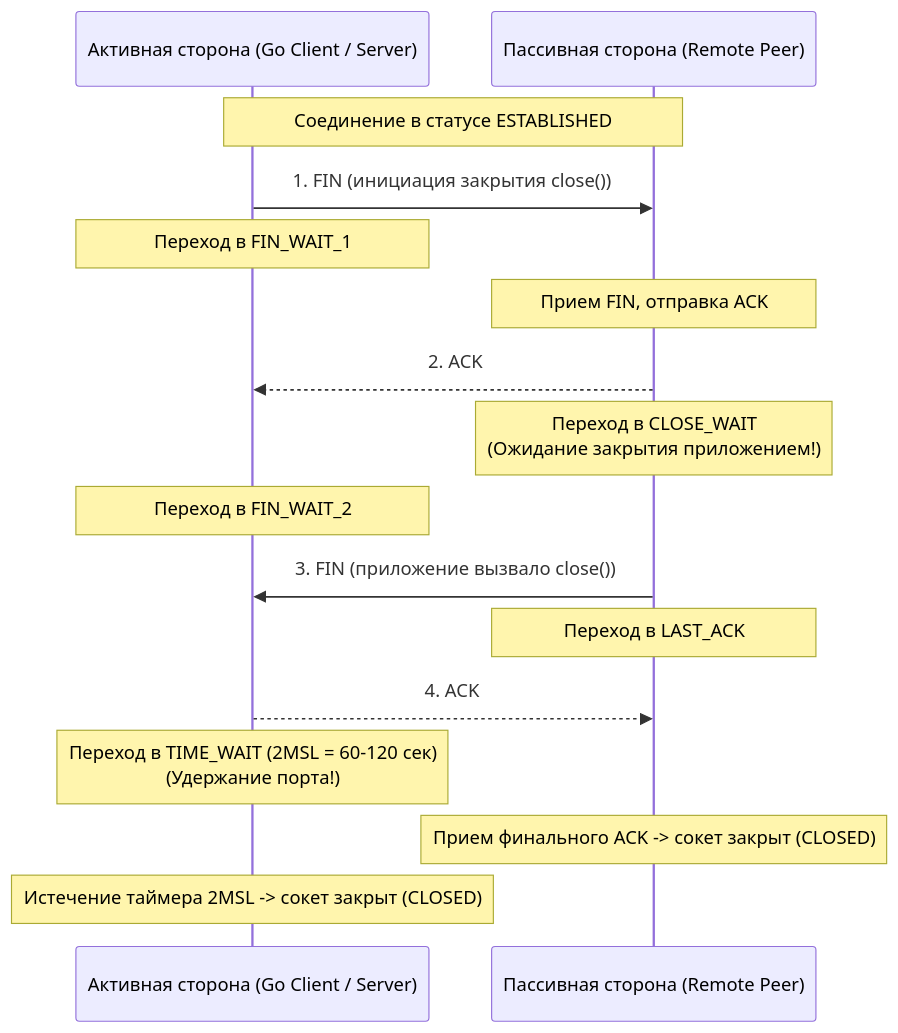
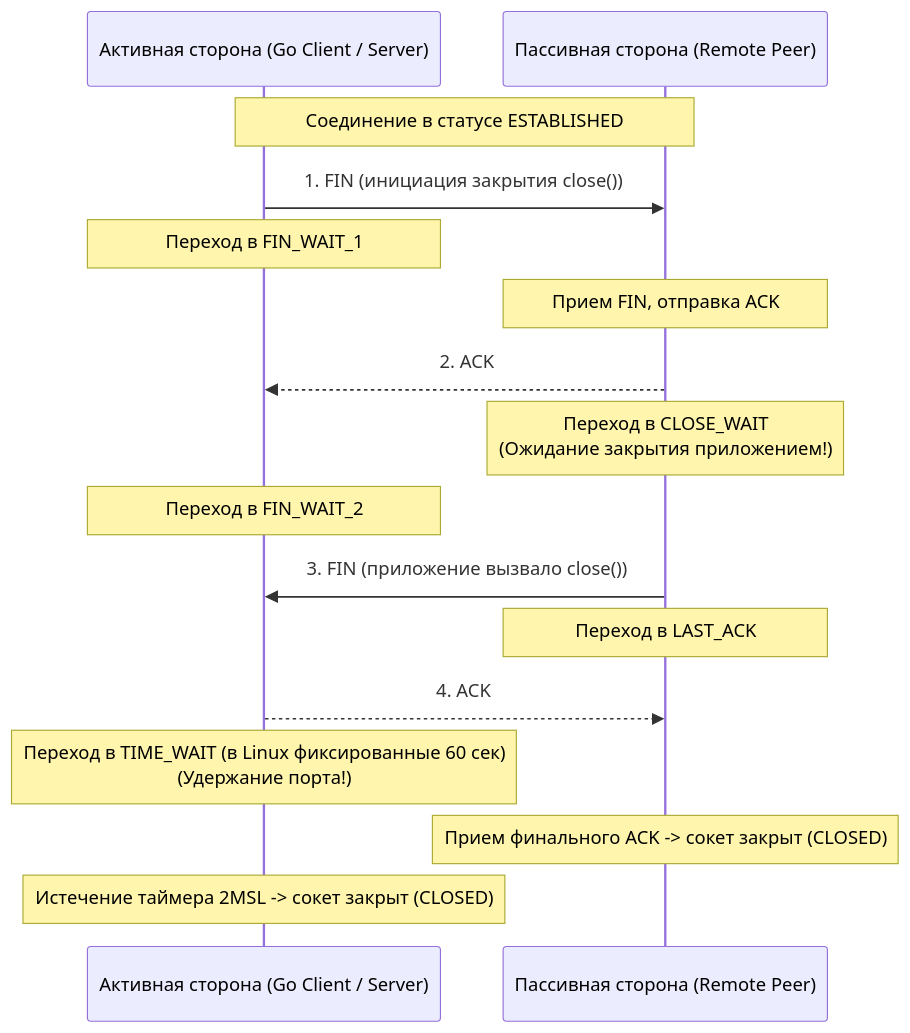
Before and after one commit to UnrealTemplier/go-textbook-ru: the first of 3 diagrams in sources/2. Устройство и работа ОС/50. TIME_WAIT, CLOSE_WAIT и проблемы сокетов.md, drawn with Mermaid. The commit also changed other lines of this file and 59 other files, not shown here.

````diff
--- a/sources/2. Устройство и работа ОС/50. TIME_WAIT, CLOSE_WAIT и проблемы сокетов.md
+++ b/sources/2. Устройство и работа ОС/50. TIME_WAIT, CLOSE_WAIT и проблемы сокетов.md
@@ -16,20 +16,20 @@
 ```mermaid
 sequenceDiagram
     participant Active as Активная сторона (Go Client / Server)
     participant Passive as Пассивная сторона (Remote Peer)
 
     Note over Active,Passive: Соединение в статусе ESTABLISHED
     Active->>Passive: 1. FIN (инициация закрытия close())
     Note over Active: Переход в FIN_WAIT_1
     Note over Passive: Прием FIN, отправка ACK
     Passive-->>Active: 2. ACK
     Note over Passive: Переход в CLOSE_WAIT<br/>(Ожидание закрытия приложением!)
     Note over Active: Переход в FIN_WAIT_2
     
     Passive->>Active: 3. FIN (приложение вызвало close())
     Note over Passive: Переход в LAST_ACK
     Active-->>Passive: 4. ACK
-    Note over Active: Переход в TIME_WAIT (2MSL = 60-120 сек)<br/>(Удержание порта!)
+    Note over Active: Переход в TIME_WAIT (в Linux фиксированные 60 сек)<br/>(Удержание порта!)
     Note over Passive: Прием финального ACK -> сокет закрыт (CLOSED)
     Note over Active: Истечение таймера 2MSL -> сокет закрыт (CLOSED)
 ```
````
